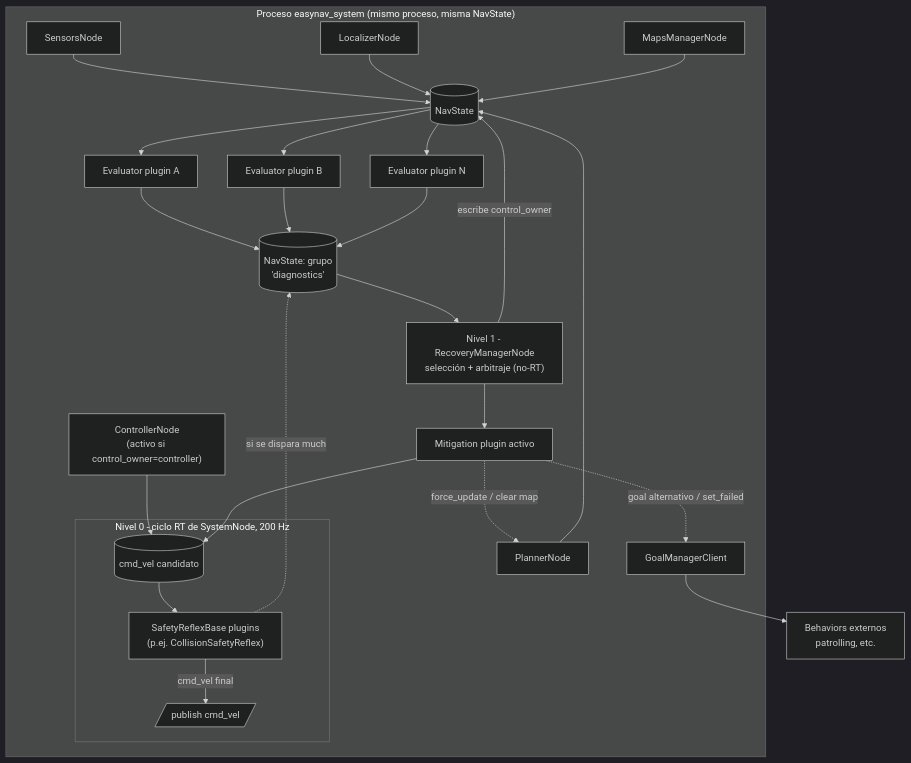
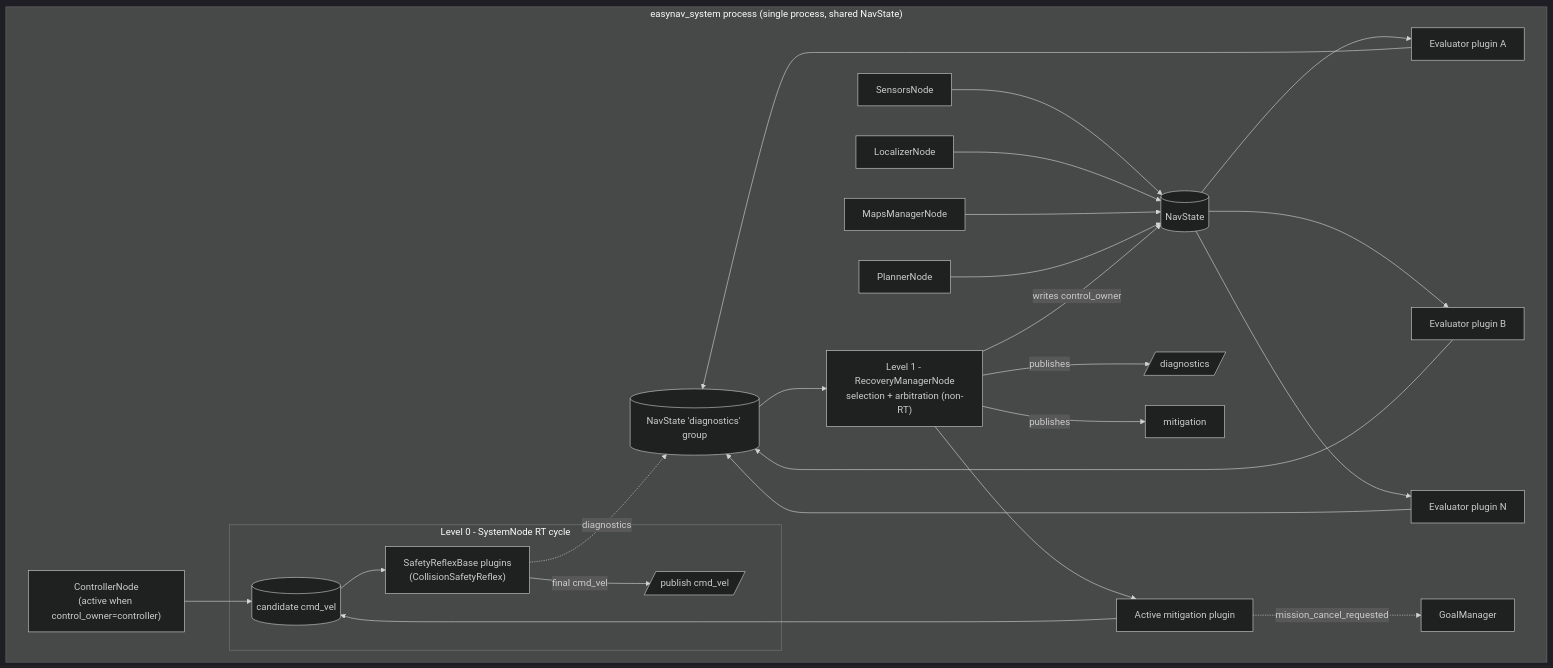
One commit to EasyNavigation/EasyNavigation changed the diagram in docs/recoveries_easynav.md. Above: the diagram before and after it, drawn with Mermaid (dark theme). The commit also changed other lines of this file and 2 other files, not shown here.

````diff
--- a/docs/recoveries_easynav.md
+++ b/docs/recoveries_easynav.md
@@ -450,31 +411,31 @@
 ```mermaid
 flowchart TB
-    subgraph proc["Proceso easynav_system (mismo proceso, misma NavState)"]
+    subgraph proc["easynav_system process (single process, shared NavState)"]
         SEN[SensorsNode] --> NS[(NavState)]
         LOC[LocalizerNode] --> NS
         MAP[MapsManagerNode] --> NS
         PLN[PlannerNode] --> NS
-        CTR["ControllerNode\n(activo si control_owner=controller)"] --> CVEL[(cmd_vel candidato)]
+        CTR["ControllerNode\n(active when control_owner=controller)"] --> CVEL[(candidate cmd_vel)]
         MIT --> CVEL
 
-        subgraph rt["Nivel 0 - ciclo RT de SystemNode, 200 Hz"]
-            CVEL --> REFLEX["SafetyReflexBase plugins\n(p.ej. CollisionSafetyReflex)"]
-            REFLEX -->|cmd_vel final| PUB[/publish cmd_vel/]
+        subgraph rt["Level 0 - SystemNode RT cycle"]
+            CVEL --> REFLEX["SafetyReflexBase plugins\n(CollisionSafetyReflex)"]
+            REFLEX -->|final cmd_vel| PUB[/publish cmd_vel/]
         end
-        REFLEX -.si se dispara mucho.-> DIAG
+        REFLEX -.diagnostics.-> DIAG
 
         NS --> EV1[Evaluator plugin A]
         NS --> EV2[Evaluator plugin B]
         NS --> EVn[Evaluator plugin N]
-        EV1 --> DIAG[("NavState: grupo\n'diagnostics'")]
+        EV1 --> DIAG[("NavState 'diagnostics' group")]
         EV2 --> DIAG
         EVn --> DIAG
 
-        DIAG --> RM["Nivel 1 - RecoveryManagerNode\nselección + arbitraje (no-RT)"]
-        RM --> MIT[Mitigation plugin activo]
-        RM -->|escribe control_owner| NS
-        MIT -.force_update / clear map.-> PLN
-        MIT -.goal alternativo / set_failed.-> GM[GoalManagerClient]
+        DIAG --> RM["Level 1 - RecoveryManagerNode\nselection + arbitration (non-RT)"]
+        RM --> MIT[Active mitigation plugin]
+        RM -->|writes control_owner| NS
+        RM -->|publishes| PUBDIAG[/diagnostics/]
+        RM -->|publishes| PUBMIT[mitigation]
+        MIT -.mission_cancel_requested.-> GM[GoalManager]
     end
-    GM --> BEH[Behaviors externos\npatrolling, etc.]
 ```
````
